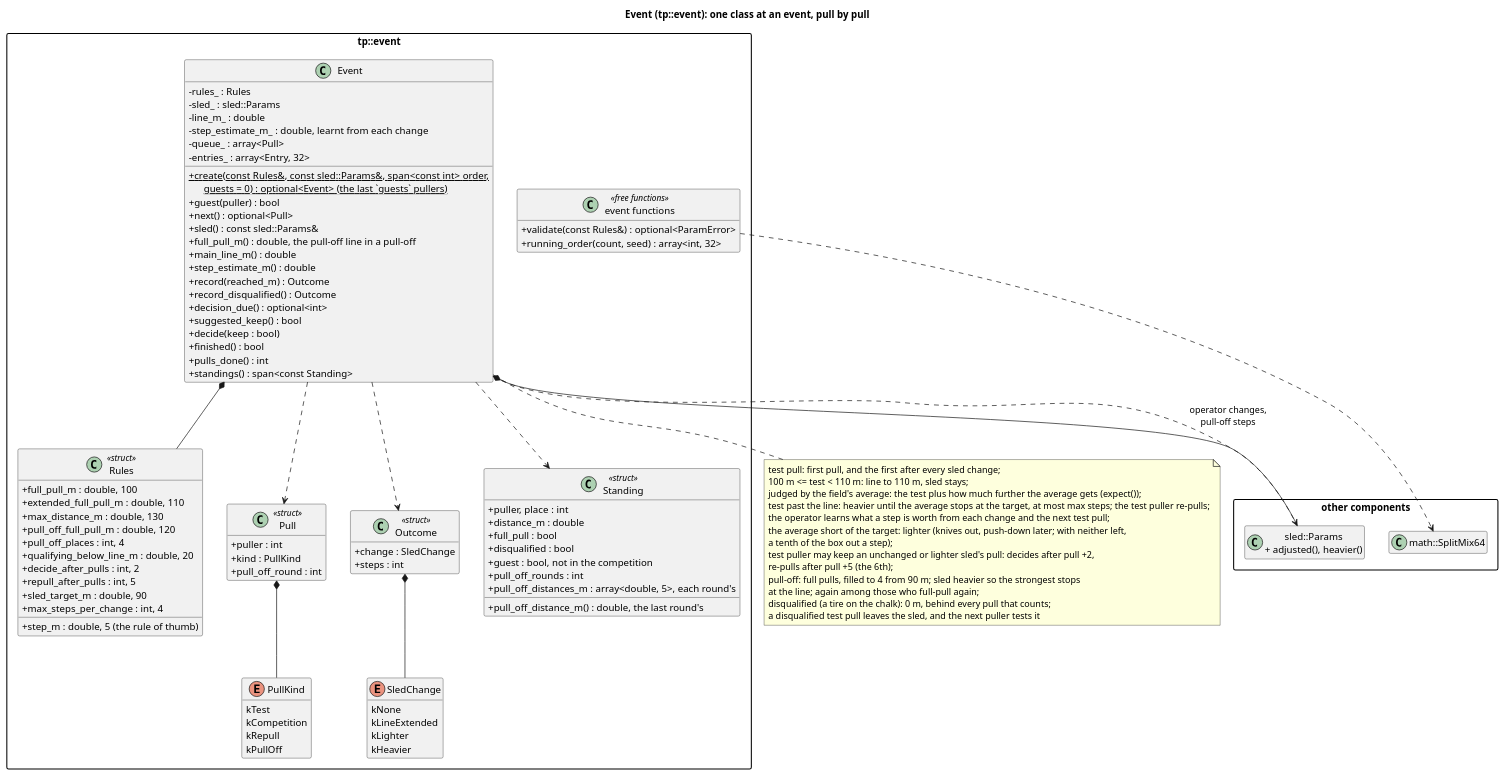
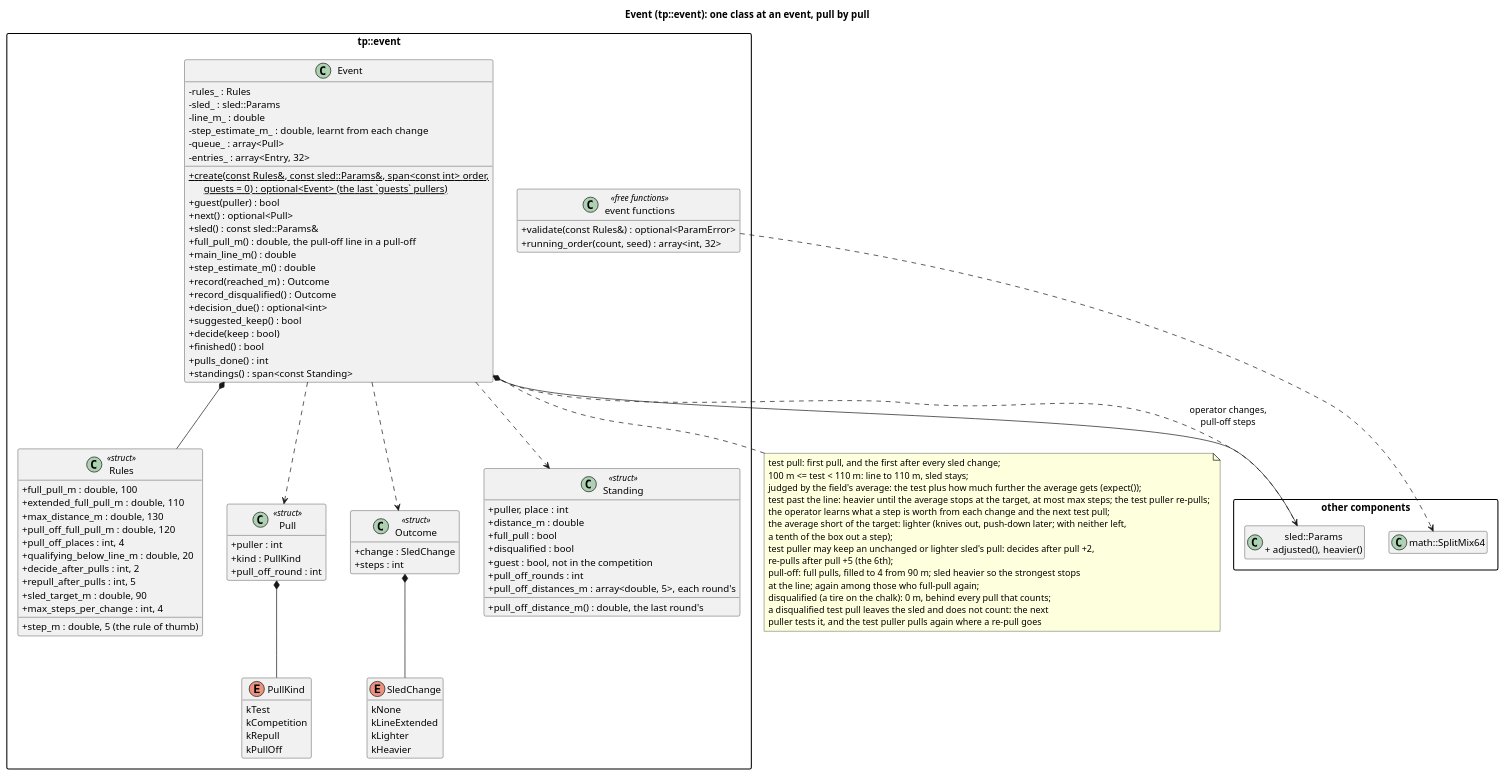
The diagram in docs/diagrams/event_classes.puml (wversteeg/TractorPulling), drawn with PlantUML before and after one commit. The commit also changed 5 other files, not shown here.

First line of the commit message:
A test pull out of bounds does not count: the puller pulls again

```diff
--- a/docs/diagrams/event_classes.puml
+++ b/docs/diagrams/event_classes.puml
@@ -1,109 +1,110 @@
 @startuml event_classes
 title Event (tp::event): one class at an event, pull by pull
 hide empty members
 skinparam packageStyle rectangle
 skinparam classAttributeIconSize 0
 
 package "other components" {
   class "sled::Params\n+ adjusted(), heavier()" as Sled
   class "math::SplitMix64" as Random
 }
 
 package "tp::event" {
   class Rules <<struct>> {
     +full_pull_m : double, 100
     +extended_full_pull_m : double, 110
     +max_distance_m : double, 130
     +pull_off_full_pull_m : double, 120
     +pull_off_places : int, 4
     +qualifying_below_line_m : double, 20
     +decide_after_pulls : int, 2
     +repull_after_pulls : int, 5
     +sled_target_m : double, 90
     +step_m : double, 5 (the rule of thumb)
     +max_steps_per_change : int, 4
   }
   class Pull <<struct>> {
     +puller : int
     +kind : PullKind
     +pull_off_round : int
   }
   enum PullKind {
     kTest
     kCompetition
     kRepull
     kPullOff
   }
   enum SledChange {
     kNone
     kLineExtended
     kLighter
     kHeavier
   }
   class Outcome <<struct>> {
     +change : SledChange
     +steps : int
   }
   class Standing <<struct>> {
     +puller, place : int
     +distance_m : double
     +full_pull : bool
     +disqualified : bool
     +guest : bool, not in the competition
     +pull_off_rounds : int
     +pull_off_distances_m : array<double, 5>, each round's
     +pull_off_distance_m() : double, the last round's
   }
   class Event {
     -rules_ : Rules
     -sled_ : sled::Params
     -line_m_ : double
     -step_estimate_m_ : double, learnt from each change
     -queue_ : array<Pull>
     -entries_ : array<Entry, 32>
     +{static} create(const Rules&, const sled::Params&, span<const int> order,\n      guests = 0) : optional<Event> (the last `guests` pullers)
     +guest(puller) : bool
     +next() : optional<Pull>
     +sled() : const sled::Params&
     +full_pull_m() : double, the pull-off line in a pull-off
     +main_line_m() : double
     +step_estimate_m() : double
     +record(reached_m) : Outcome
     +record_disqualified() : Outcome
     +decision_due() : optional<int>
     +suggested_keep() : bool
     +decide(keep : bool)
     +finished() : bool
     +pulls_done() : int
     +standings() : span<const Standing>
   }
   class "event functions" as EventFns <<free functions>> {
     +validate(const Rules&) : optional<ParamError>
     +running_order(count, seed) : array<int, 32>
   }
   Event *-- Rules
   Event ..> Pull
   Event ..> Outcome
   Event ..> Standing
   Pull *-- PullKind
   Outcome *-- SledChange
 }
 Event *-- Sled
 Event ..> Sled : operator changes,\npull-off steps
 EventFns ..> Random
 note bottom of Event
   test pull: first pull, and the first after every sled change;
   100 m <= test < 110 m: line to 110 m, sled stays;
   judged by the field's average: the test plus how much further the average gets (expect());
   test past the line: heavier until the average stops at the target, at most max steps; the test puller re-pulls;
   the operator learns what a step is worth from each change and the next test pull;
   the average short of the target: lighter (knives out, push-down later; with neither left,
   a tenth of the box out a step);
   test puller may keep an unchanged or lighter sled's pull: decides after pull +2,
   re-pulls after pull +5 (the 6th);
   pull-off: full pulls, filled to 4 from 90 m; sled heavier so the strongest stops
   at the line; again among those who full-pull again;
   disqualified (a tire on the chalk): 0 m, behind every pull that counts;
-  a disqualified test pull leaves the sled, and the next puller tests it
+  a disqualified test pull leaves the sled and does not count: the next
+  puller tests it, and the test puller pulls again where a re-pull goes
 end note
 @enduml
```
